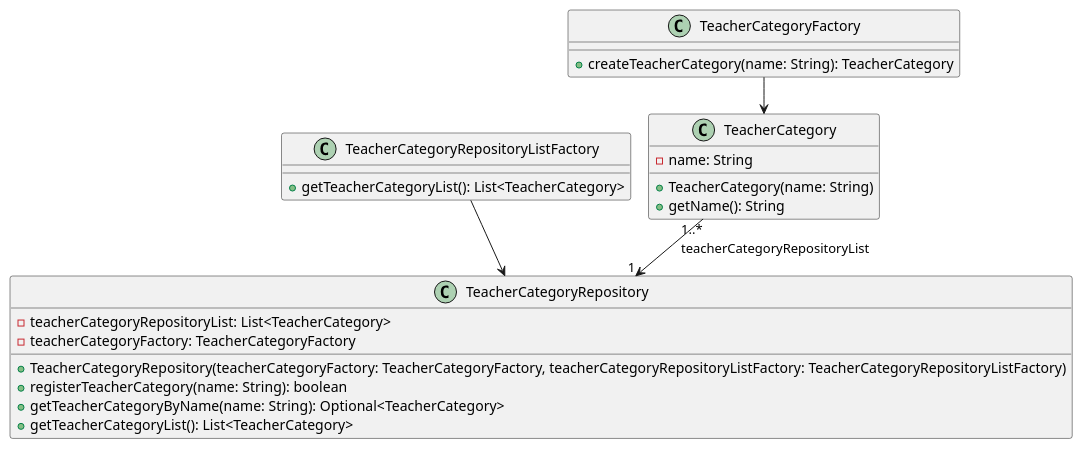
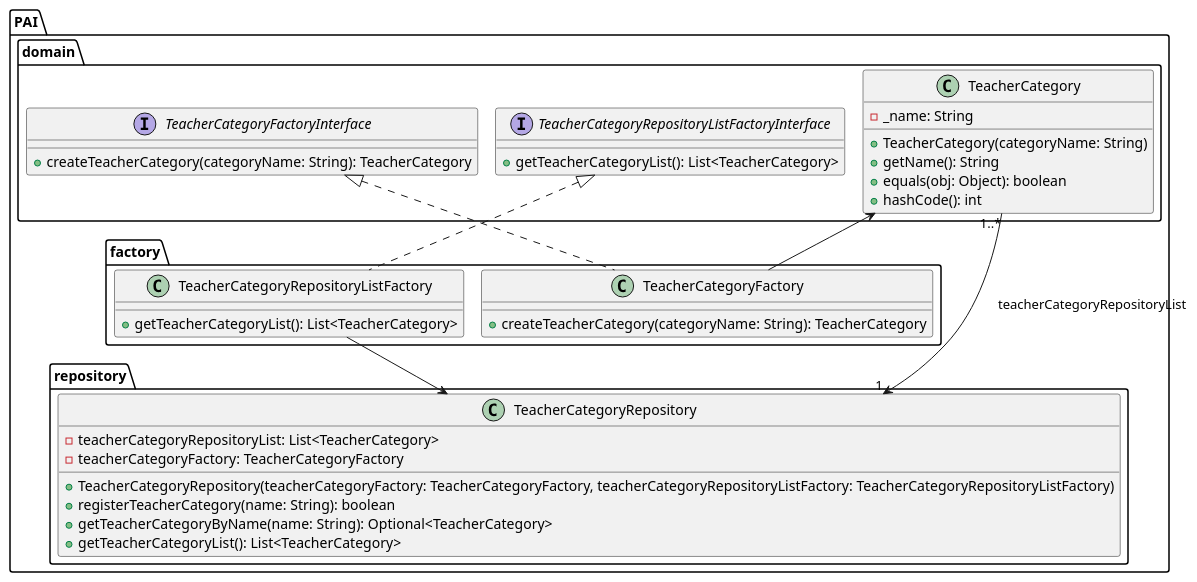
One commit to GasparISEP/DevOps-PAI changed the diagram in docs/US01/US01_ConfigureTeacherCategoryInSystem_ClassDiagram.puml. Above: the diagram before and after it, drawn with PlantUML.

Commit message:
update US01 classDiagram to reflect the addition of the interfaces

```diff
--- a/docs/US01/US01_ConfigureTeacherCategoryInSystem_ClassDiagram.puml
+++ b/docs/US01/US01_ConfigureTeacherCategoryInSystem_ClassDiagram.puml
@@ -1,31 +1,49 @@
 @startuml
 !pragma layout smetana
 
-class TeacherCategory {
-    - name: String
-    + TeacherCategory(name: String)
-    + getName(): String
+package "PAI.domain" {
+    interface TeacherCategoryFactoryInterface {
+        + createTeacherCategory(categoryName: String): TeacherCategory
+    }
+
+    interface TeacherCategoryRepositoryListFactoryInterface {
+        + getTeacherCategoryList(): List<TeacherCategory>
+    }
+
+    class TeacherCategory {
+        - _name: String
+        + TeacherCategory(categoryName: String)
+        + getName(): String
+        + equals(obj: Object): boolean
+        + hashCode(): int
+    }
 }
 
-class TeacherCategoryFactory {
-    + createTeacherCategory(name: String): TeacherCategory
+package "PAI.factory" {
+    class TeacherCategoryFactory {
+        + createTeacherCategory(categoryName: String): TeacherCategory
+    }
+
+    class TeacherCategoryRepositoryListFactory {
+        + getTeacherCategoryList(): List<TeacherCategory>
+    }
 }
 
-class TeacherCategoryRepository {
-    - teacherCategoryRepositoryList: List<TeacherCategory>
-    - teacherCategoryFactory: TeacherCategoryFactory
-    + TeacherCategoryRepository(teacherCategoryFactory: TeacherCategoryFactory, teacherCategoryRepositoryListFactory: TeacherCategoryRepositoryListFactory)
-    + registerTeacherCategory(name: String): boolean
-    + getTeacherCategoryByName(name: String): Optional<TeacherCategory>
-    + getTeacherCategoryList(): List<TeacherCategory>
+package "PAI.repository" {
+    class TeacherCategoryRepository {
+        - teacherCategoryRepositoryList: List<TeacherCategory>
+        - teacherCategoryFactory: TeacherCategoryFactory
+        + TeacherCategoryRepository(teacherCategoryFactory: TeacherCategoryFactory, teacherCategoryRepositoryListFactory: TeacherCategoryRepositoryListFactory)
+        + registerTeacherCategory(name: String): boolean
+        + getTeacherCategoryByName(name: String): Optional<TeacherCategory>
+        + getTeacherCategoryList(): List<TeacherCategory>
+    }
 }
 
-class TeacherCategoryRepositoryListFactory {
-    + getTeacherCategoryList(): List<TeacherCategory>
-}
-
+TeacherCategoryFactoryInterface <|.. TeacherCategoryFactory
+TeacherCategoryRepositoryListFactoryInterface <|.. TeacherCategoryRepositoryListFactory
 TeacherCategoryFactory --> TeacherCategory
 TeacherCategoryRepositoryListFactory --> TeacherCategoryRepository
 TeacherCategory "1..*" --> "1" TeacherCategoryRepository: teacherCategoryRepositoryList
 
 @enduml
```
